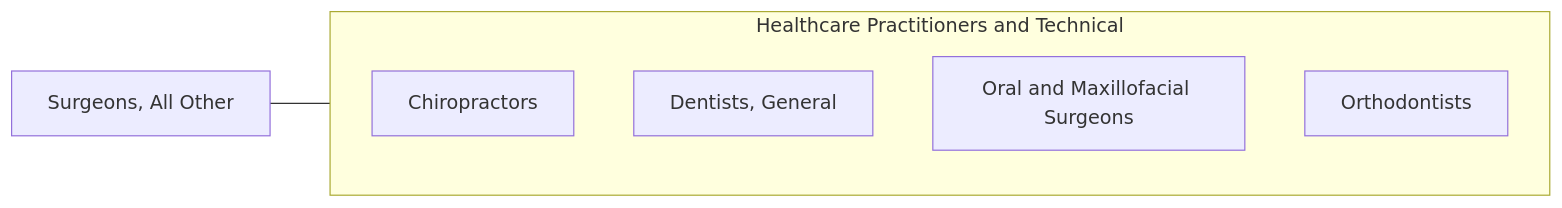
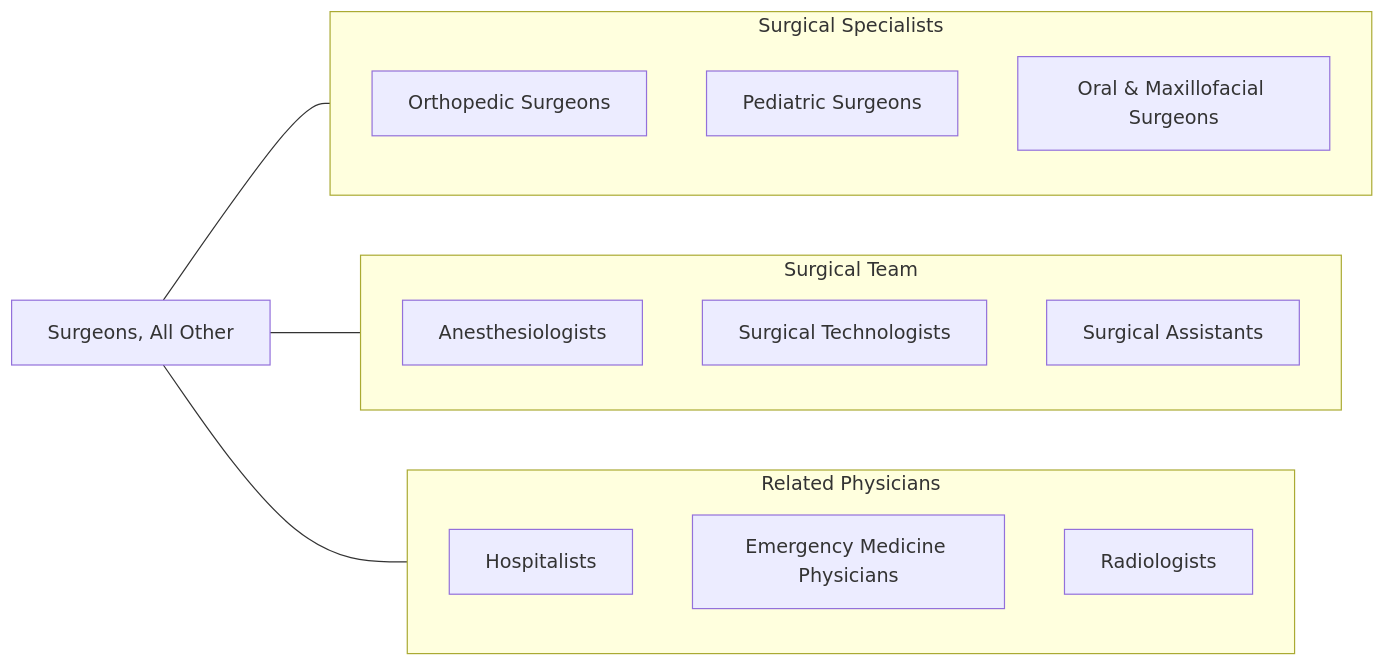
One commit to kziemski/business.org.ai changed the fourth of 4 diagrams in occupations/HealthcarePractitioners/Surgeons.mdx. Above: the diagram before and after it, drawn with Mermaid. The commit also changed other lines of this file and 938 other files, not shown here.

````diff
--- a/occupations/HealthcarePractitioners/Surgeons.mdx
+++ b/occupations/HealthcarePractitioners/Surgeons.mdx
@@ -55,13 +209,26 @@
 ```mermaid
 graph LR
     Current["Surgeons, All Other"]
 
-    subgraph SameCategory["Healthcare Practitioners and Technical"]
-        Chiropractors["Chiropractors"]
-        DentistsGeneral["Dentists, General"]
-        OralAndMaxillofacial["Oral and Maxillofacial Surgeons"]
-        Orthodontists["Orthodontists"]
+    subgraph SurgicalSpecialists["Surgical Specialists"]
+        OrthoSurg["Orthopedic Surgeons"]
+        PedSurg["Pediatric Surgeons"]
+        OralSurg["Oral & Maxillofacial Surgeons"]
     end
 
-    Current --- SameCategory
+    subgraph SurgicalTeam["Surgical Team"]
+        Anesth["Anesthesiologists"]
+        SurgTech["Surgical Technologists"]
+        SurgAssist["Surgical Assistants"]
+    end
+
+    subgraph RelatedPhysicians["Related Physicians"]
+        Hospitalists["Hospitalists"]
+        EmergMed["Emergency Medicine Physicians"]
+        Radiologists["Radiologists"]
+    end
+
+    Current --- SurgicalSpecialists
+    Current --- SurgicalTeam
+    Current --- RelatedPhysicians
 ```
````
